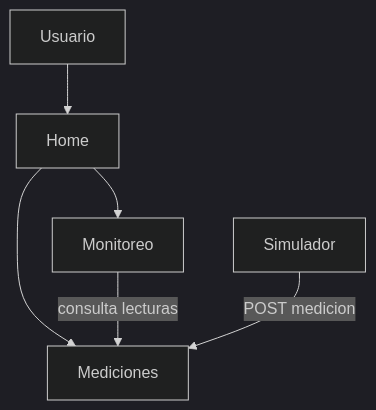
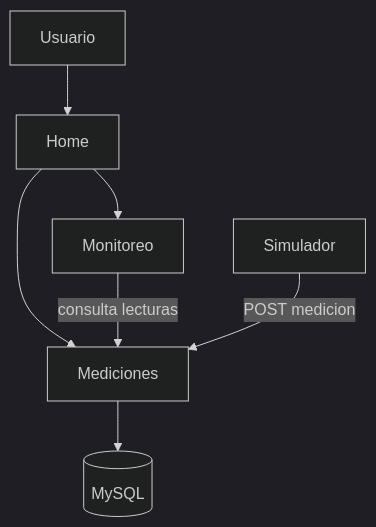
One commit to ngcddev/Sistema-Distribuido-de-Monitoreo-IoT-Simulado changed the diagram in README.md. Above: the diagram before and after it, drawn with Mermaid (dark theme). The commit also changed other lines of this file and 2 other files, not shown here.

Commit message:
docs: alinea Mediciones y arquitectura con persistencia MySQL

````diff
--- a/README.md
+++ b/README.md
@@ -40,8 +40,9 @@
 ```mermaid
 flowchart TD
     U[Usuario] --> H[Home]
     H --> M[Mediciones]
     H --> MO[Monitoreo]
     MO -- consulta lecturas --> M
     SIM[Simulador] -- POST medicion --> M
+    M --> DB[(MySQL)]
 ```
````
